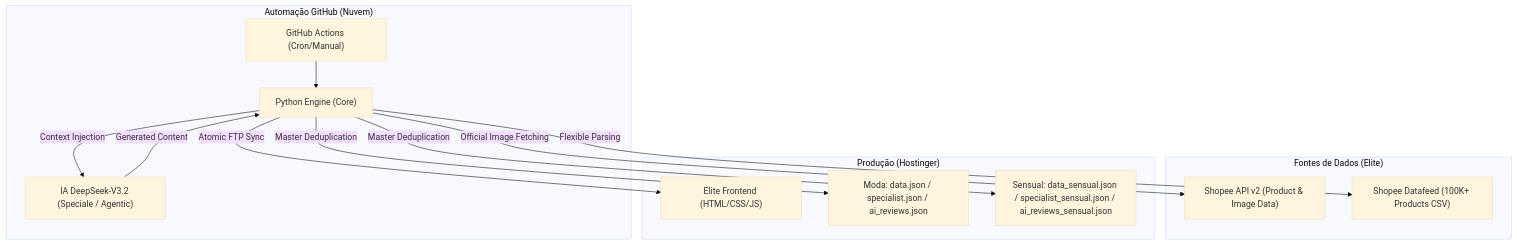
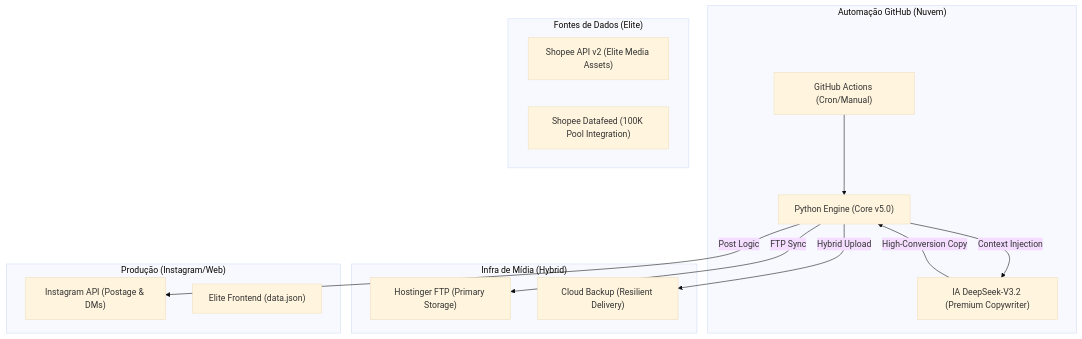
The diagram in docs/TITANIUM_BRAIN/00_SYSTEM_ARCHITECTURE.md (EricMacedo10/Rob-Titanium), drawn with Mermaid (base theme) before and after one commit. The commit also changed other lines of this file and 1 other file, not shown here.

````diff
--- a/docs/TITANIUM_BRAIN/00_SYSTEM_ARCHITECTURE.md
+++ b/docs/TITANIUM_BRAIN/00_SYSTEM_ARCHITECTURE.md
@@ -19,28 +26,30 @@
 ```mermaid
 graph TD
     subgraph "Automação GitHub (Nuvem)"
         ACTION["GitHub Actions (Cron/Manual)"]
-        PYTHON["Python Engine (Core)"]
-        AI["IA DeepSeek-V3.2 (Speciale / Agentic)"]
+        PYTHON["Python Engine (Core v5.0)"]
+        AI["IA DeepSeek-V3.2 (Premium Copywriter)"]
     end
 
     subgraph "Fontes de Dados (Elite)"
-        SHP["Shopee API v2 (Product & Image Data)"]
-        FEED["Shopee Datafeed (100K+ Products CSV)"]
+        SHP["Shopee API v2 (Elite Media Assets)"]
+        FEED["Shopee Datafeed (100K Pool Integration)"]
     end
 
-    subgraph "Produção (Hostinger)"
-        SITE["Elite Frontend (HTML/CSS/JS)"]
-        STATE_MODA["Moda: data.json / specialist.json / ai_reviews.json"]
-        STATE_SENSUAL["Sensual: data_sensual.json / specialist_sensual.json / ai_reviews_sensual.json"]
+    subgraph "Infra de Mídia (Hybrid)"
+        HOST["Hostinger FTP (Primary Storage)"]
+        CLOUD["Cloud Backup (Resilient Delivery)"]
+    end
+
+    subgraph "Produção (Instagram/Web)"
+        INSTA["Instagram API (Postage & DMs)"]
+        SITE["Elite Frontend (data.json)"]
     end
 
     ACTION --> PYTHON
-    PYTHON -- "Flexible Parsing" --> FEED
-    PYTHON -- "Official Image Fetching" --> SHP
     PYTHON -- "Context Injection" --> AI
-    AI -- "Generated Content" --> PYTHON
-    PYTHON -- "Master Deduplication" --> STATE_MODA
-    PYTHON -- "Master Deduplication" --> STATE_SENSUAL
-    PYTHON -- "Atomic FTP Sync" --> SITE
+    AI -- "High-Conversion Copy" --> PYTHON
+    PYTHON -- "FTP Sync" --> HOST
+    PYTHON -- "Hybrid Upload" --> CLOUD
+    PYTHON -- "Post Logic" --> INSTA
 ```
````
